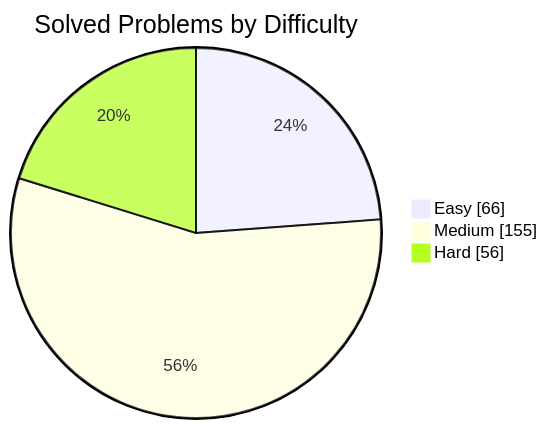
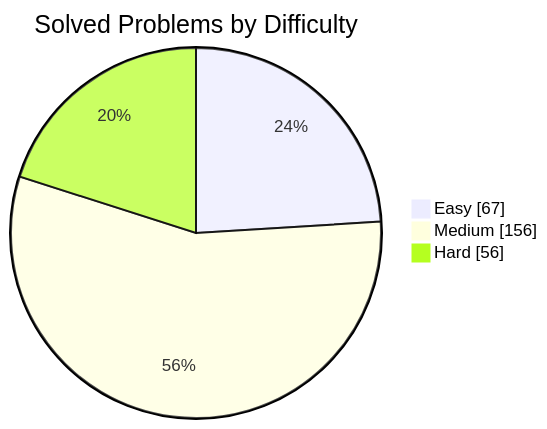
One commit to manikantbindass/DSA-Preparation-FAANG changed the first of 2 diagrams in README.md. Above: the diagram before and after it, drawn with Mermaid. The commit also changed other lines of this file and 1 other file, not shown here.

````diff
--- a/README.md
+++ b/README.md
@@ -73,7 +73,7 @@
 ```mermaid
 pie showData
     title Solved Problems by Difficulty
-    "Easy" : 66
-    "Medium" : 155
+    "Easy" : 67
+    "Medium" : 156
     "Hard" : 56
 ```
````
